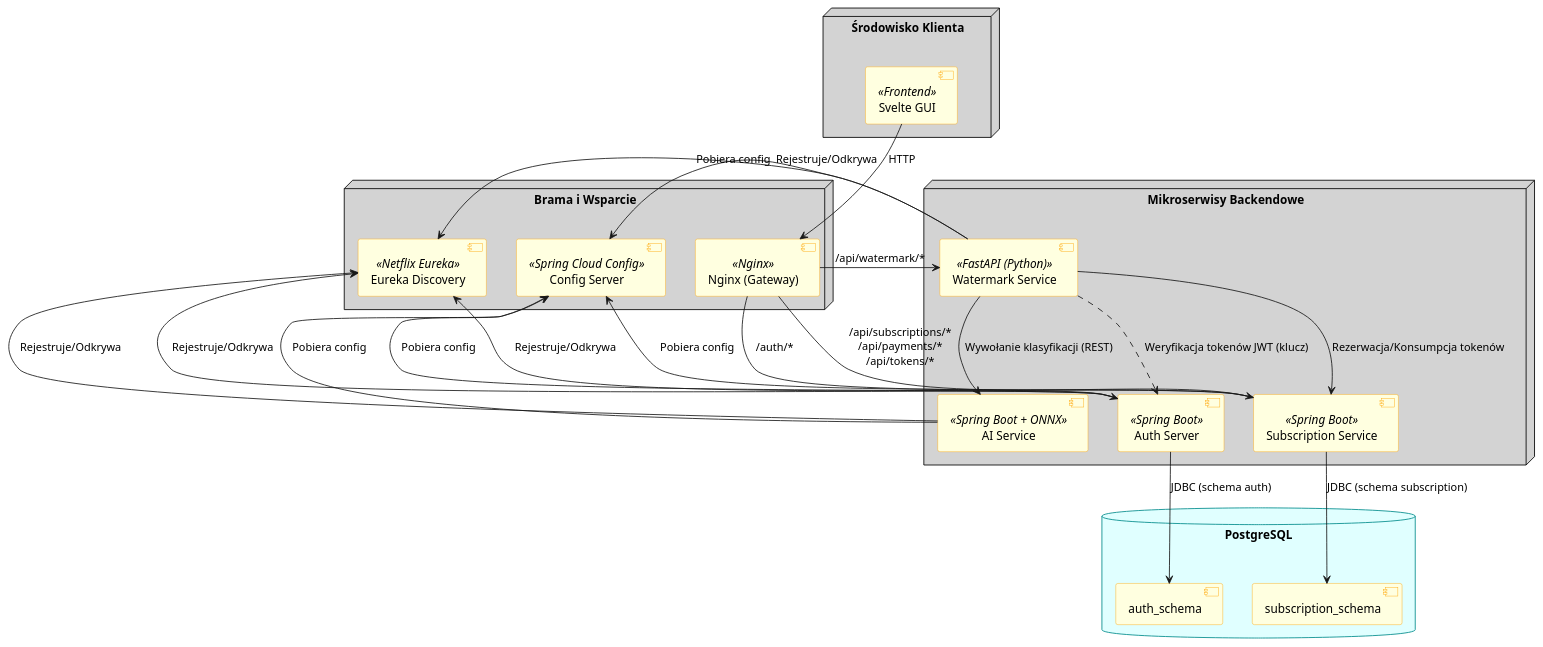
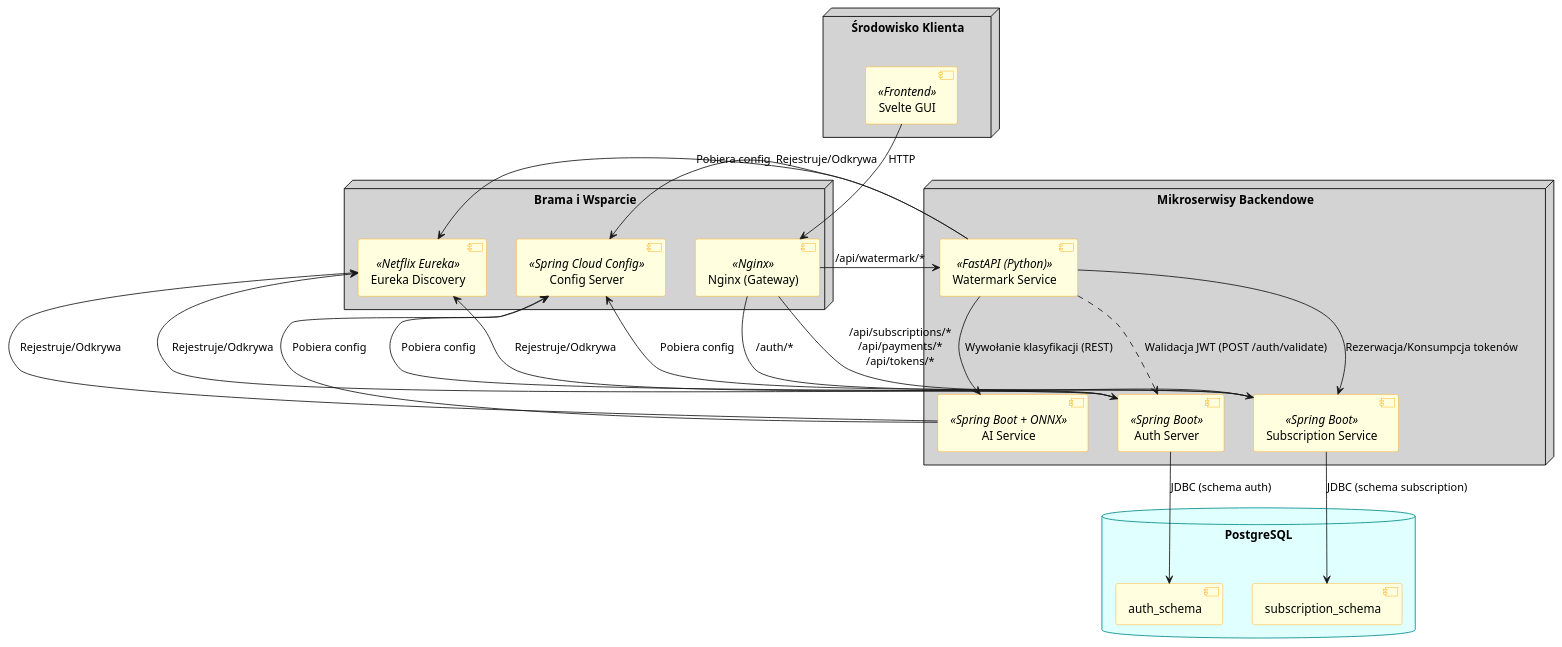
One commit to MateuszKosowski/pl-java2026 changed the diagram in dokumentacja/architecture.puml. Above: the diagram before and after it, drawn with PlantUML. The commit also changed 20 other files, not shown here.

Commit message:
docs: correct UML/spec to match code and add UI screenshots

```diff
--- a/dokumentacja/architecture.puml
+++ b/dokumentacja/architecture.puml
@@ -1,59 +1,59 @@
 @startuml
 skinparam componentStyle uml2
 skinparam database {
   BackgroundColor LightCyan
   BorderColor DarkCyan
 }
 skinparam component {
   BackgroundColor LightYellow
   BorderColor Orange
 }
 skinparam node {
   BackgroundColor LightGray
   BorderColor Black
 }
 
 node "Środowisko Klienta" {
   [Svelte GUI] as gui <<Frontend>>
 }
 
 node "Brama i Wsparcie" {
   [Nginx (Gateway)] as nginx <<Nginx>>
   [Eureka Discovery] as eureka <<Netflix Eureka>>
   [Config Server] as config_srv <<Spring Cloud Config>>
 }
 
 node "Mikroserwisy Backendowe" {
   [Auth Server] as auth <<Spring Boot>>
   [Subscription Service] as sub <<Spring Boot>>
   [Watermark Service] as wm <<FastAPI (Python)>>
   [AI Service] as ai <<Spring Boot + ONNX>>
 }
 
 database "PostgreSQL" {
   [auth_schema] as db_auth
   [subscription_schema] as db_sub
 }
 
 gui --> nginx : HTTP
 nginx --> auth : /auth/*
 nginx --> sub : /api/subscriptions/*\n/api/payments/*\n/api/tokens/*
 nginx --> wm : /api/watermark/*
 
 auth -up-> eureka : Rejestruje/Odkrywa
 sub -up-> eureka : Rejestruje/Odkrywa
 wm -up-> eureka : Rejestruje/Odkrywa
 ai -up-> eureka : Rejestruje/Odkrywa
 
 auth --> config_srv : Pobiera config
 sub --> config_srv : Pobiera config
 wm --> config_srv : Pobiera config
 ai --> config_srv : Pobiera config
 
 auth --> db_auth : JDBC (schema auth)
 sub --> db_sub : JDBC (schema subscription)
 
 wm --> sub : Rezerwacja/Konsumpcja tokenów
 wm --> ai : Wywołanie klasyfikacji (REST)
-wm ..> auth : Weryfikacja tokenów JWT (klucz)
+wm ..> auth : Walidacja JWT (POST /auth/validate)
 @enduml
```
